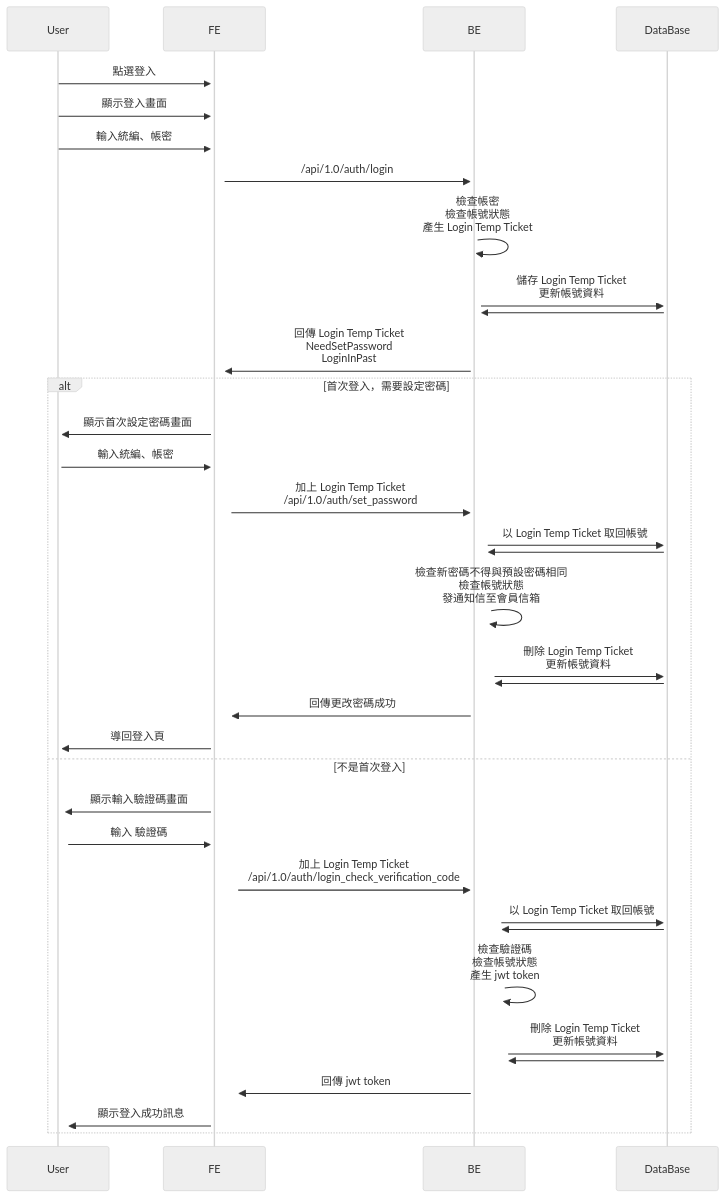
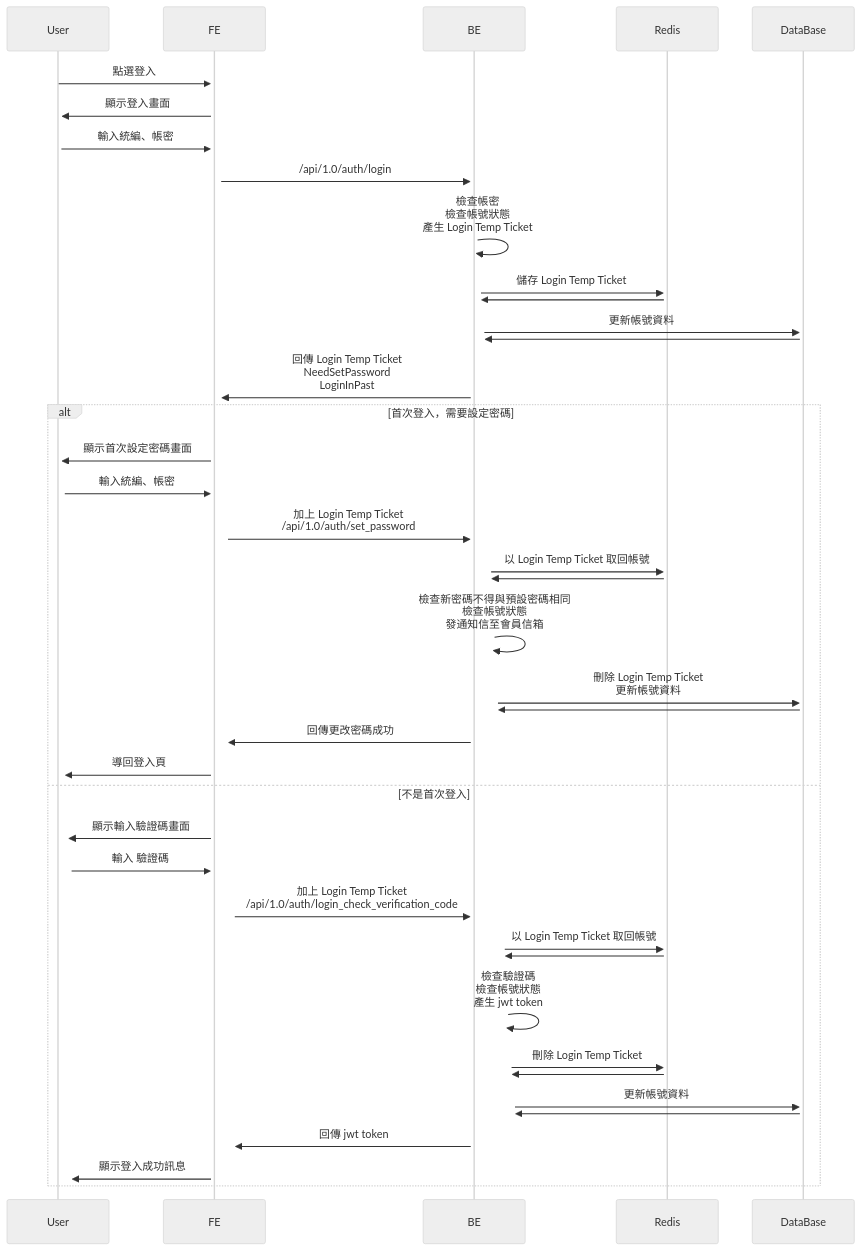
The first of 3 diagrams in System_Design/login.md (thunderstormwang/CodingNote), drawn with Mermaid (neutral theme) before and after one commit. The commit also changed other lines of this file and 1 other file, not shown here.

Commit message:
modify notes

````diff
--- a/System_Design/login.md
+++ b/System_Design/login.md
@@ -7,40 +7,45 @@
 ```mermaid
 sequenceDiagram
 participant User
 participant FE
 participant BE
+participant Redis
 participant DataBase
 
 User ->>+ FE: 點選登入
-User ->>+ FE: 顯示登入畫面
+FE ->>+ User: 顯示登入畫面
 User ->>+ FE: 輸入統編、帳密
 FE ->>+ BE: /api/1.0/auth/login
 BE ->>+ BE: 檢查帳密<br/>檢查帳號狀態<br/>產生 Login Temp Ticket
-BE ->>+ DataBase: 儲存 Login Temp Ticket<br/>更新帳號資料
+BE ->>+ Redis: 儲存 Login Temp Ticket
+Redis ->>+ BE: 
+BE ->>+ DataBase: 更新帳號資料
 DataBase ->>+ BE: 
 BE ->>+ FE: 回傳 Login Temp Ticket<br/>NeedSetPassword<br/>LoginInPast
 
 alt 首次登入，需要設定密碼
   FE ->>+ User: 顯示首次設定密碼畫面
   User ->>+ FE: 輸入統編、帳密
   FE ->>+ BE: 加上 Login Temp Ticket<br/>/api/1.0/auth/set_password
-  BE ->>+ DataBase: 以 Login Temp Ticket 取回帳號
-  DataBase ->>+ BE: 
+  BE ->>+ Redis: 以 Login Temp Ticket 取回帳號
+  Redis ->>+ BE: 
   BE ->>+ BE: 檢查新密碼不得與預設密碼相同<br/>檢查帳號狀態<br/>發通知信至會員信箱
   BE ->>+ DataBase: 刪除 Login Temp Ticket<br/>更新帳號資料
   DataBase ->>+ BE: 
   BE ->>+ FE: 回傳更改密碼成功
   FE ->>+ User: 導回登入頁
 else 不是首次登入
   FE ->>+ User: 顯示輸入驗證碼畫面
   User ->>+ FE: 輸入 驗證碼
   FE ->>+ BE: 加上  Login Temp Ticket<br/>/api/1.0/auth/login_check_verification_code
-  BE ->>+ DataBase: 以 Login Temp Ticket 取回帳號
-  DataBase ->>+ BE: 
+  BE ->>+ Redis: 以 Login Temp Ticket 取回帳號
+  Redis ->>+ BE: 
   BE ->>+ BE: 檢查驗證碼<br/>檢查帳號狀態<br/>產生 jwt token
-  BE ->>+ DataBase: 刪除 Login Temp Ticket<br/>更新帳號資料
+  BE ->>+ Redis: 刪除 Login Temp Ticket
+  Redis ->>+ BE: 
+  BE ->>+ DataBase: 更新帳號資料
   DataBase ->>+ BE: 
   BE ->>+ FE: 回傳 jwt token
   FE ->>+ User: 顯示登入成功訊息
 end
 ```
````
